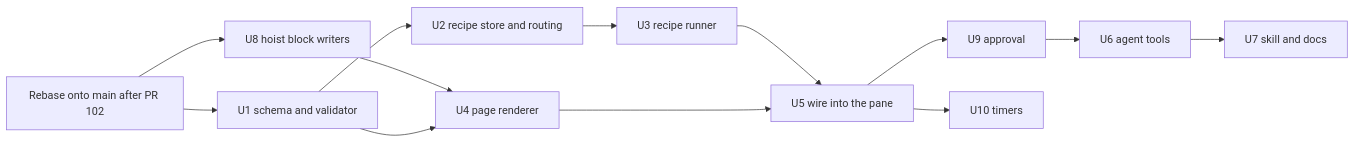
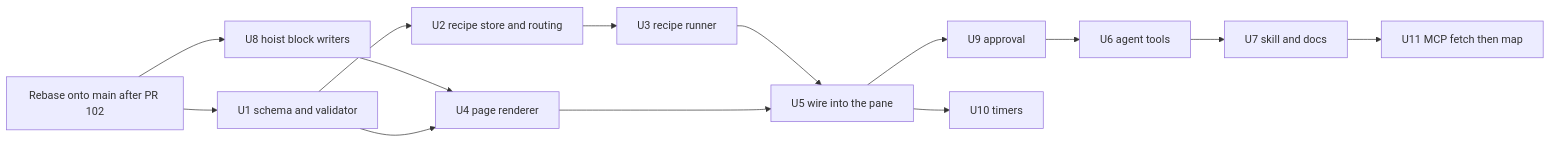
One commit to shawnroos/shrimpshack changed the fourth of 4 diagrams in docs/plans/2026-10-12-1640-feat-peek-page-vocabulary-plan.md. Above: the diagram before and after it, drawn with Mermaid. The commit also changed other lines of this file, not shown here.

Commit message:
docs(peek): plan MCP recipe sources that fetch then map through a script

````diff
--- a/docs/plans/2026-10-12-1640-feat-peek-page-vocabulary-plan.md
+++ b/docs/plans/2026-10-12-1640-feat-peek-page-vocabulary-plan.md
@@ -316,15 +317,16 @@
 ```mermaid
 flowchart LR
   RB[Rebase onto main after PR 102] --> U8[U8 hoist block writers]
   RB --> U1[U1 schema and validator]
   U1 --> U2[U2 recipe store and routing]
   U2 --> U3[U3 recipe runner]
   U8 --> U4[U4 page renderer]
   U1 --> U4
   U3 --> U5[U5 wire into the pane]
   U4 --> U5
   U5 --> U9[U9 approval]
   U5 --> U10[U10 timers]
   U9 --> U6[U6 agent tools]
   U6 --> U7[U7 skill and docs]
+  U7 --> U11[U11 MCP fetch then map]
 ```
````
